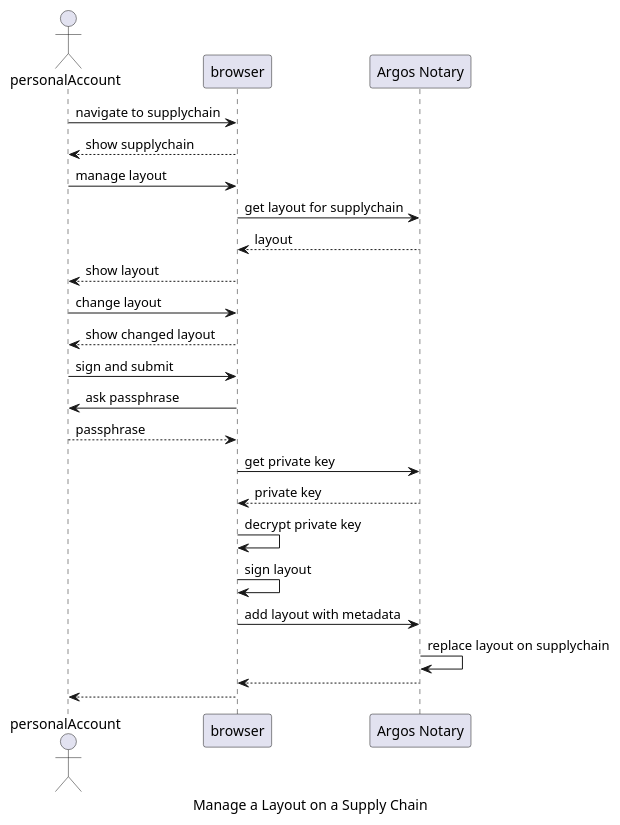
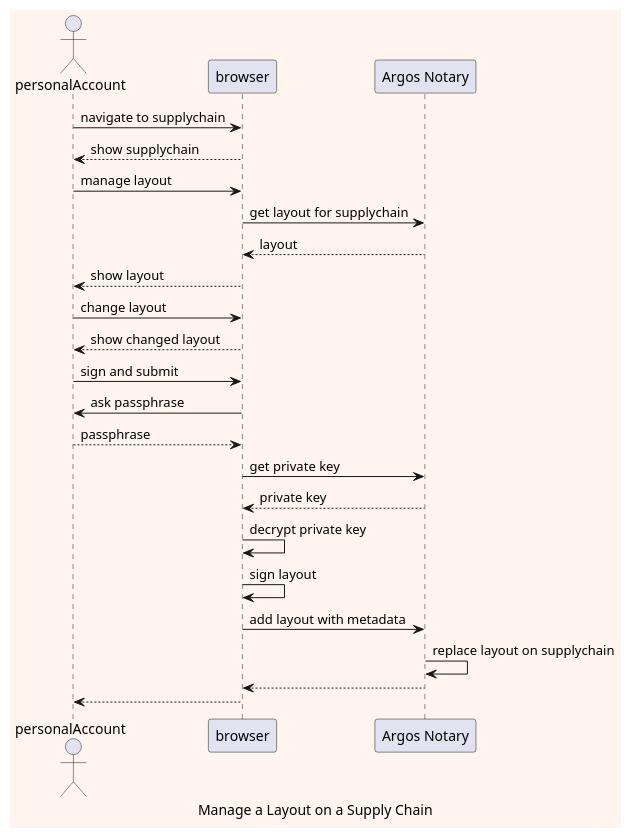
The diagram in static/img/plantuml/50_reference_add_layout_flow.puml (argosnotary/docs), drawn with PlantUML before and after one commit. The commit also changed 5 other files, not shown here.

```diff
--- a/static/img/plantuml/50_reference_add_layout_flow.puml
+++ b/static/img/plantuml/50_reference_add_layout_flow.puml
@@ -17,36 +17,39 @@
 @startuml
 
 caption Manage a Layout on a Supply Chain
+
+skinparam shadowing<<with_shadow>> true
+skinparam backgroundColor #SeaShell
 
 actor personalAccount as account
 participant browser as client
 participant "Argos Notary" as argos
 
 account -> client: navigate to supplychain
 client --> account: show supplychain
 
 account -> client: manage layout
 client -> argos: get layout for supplychain
 argos --> client: layout
 client --> account: show layout
 
 account -> client: change layout
 client --> account: show changed layout
 
 account -> client: sign and submit
 client -> account: ask passphrase
 account --> client: passphrase
 
 client -> argos: get private key
 argos --> client: private key
 
 client -> client: decrypt private key
 
 client -> client: sign layout
 client -> argos: add layout with metadata
 
 argos -> argos: replace layout on supplychain
 argos --> client
 client --> account
 
 @enduml
```
